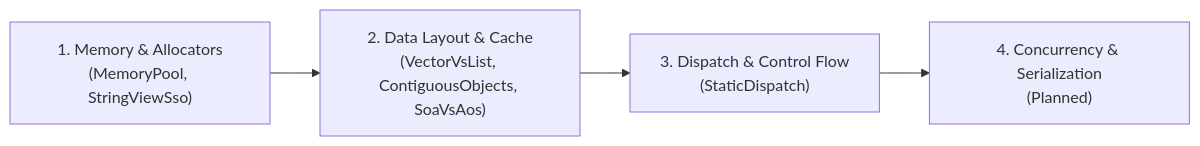
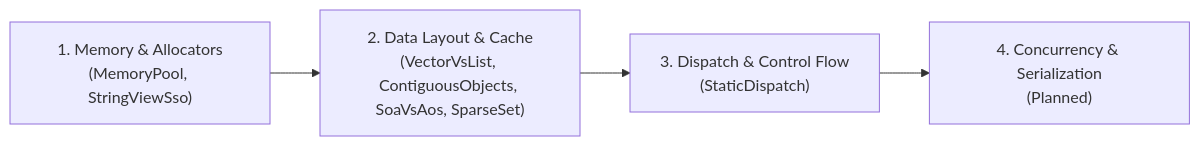
The diagram in README.md (LevyArsOS/cpp-lessons), drawn with Mermaid before and after one commit. The commit also changed other lines of this file and 2 other files, not shown here.

Commit message:
docs(sparse-set): add Portuguese tutorial and update index
Refs: 7

````diff
--- a/README.md
+++ b/README.md
@@ -33,6 +33,6 @@
 ```mermaid
 flowchart LR
-    M["1. Memory &amp; Allocators<br/>(MemoryPool, StringViewSso)"] --> D["2. Data Layout &amp; Cache<br/>(VectorVsList, ContiguousObjects, SoaVsAos)"]
+    M["1. Memory &amp; Allocators<br/>(MemoryPool, StringViewSso)"] --> D["2. Data Layout &amp; Cache<br/>(VectorVsList, ContiguousObjects, SoaVsAos, SparseSet)"]
     D --> C["3. Dispatch &amp; Control Flow<br/>(StaticDispatch)"]
     C --> P["4. Concurrency &amp; Serialization<br/>(Planned)"]
 ```
````
